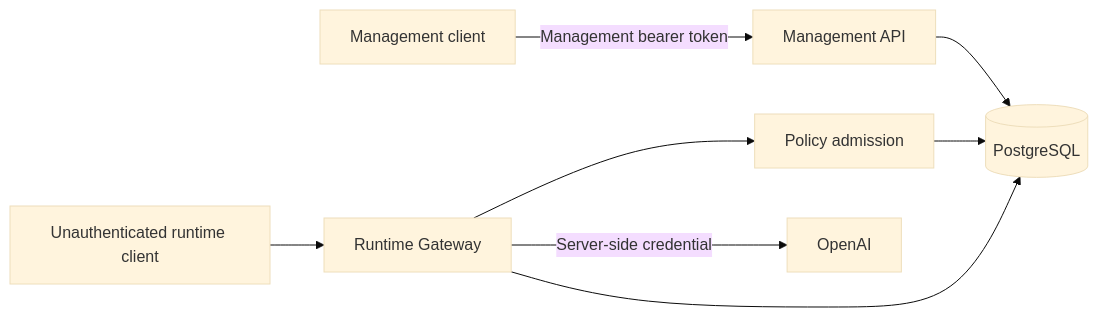
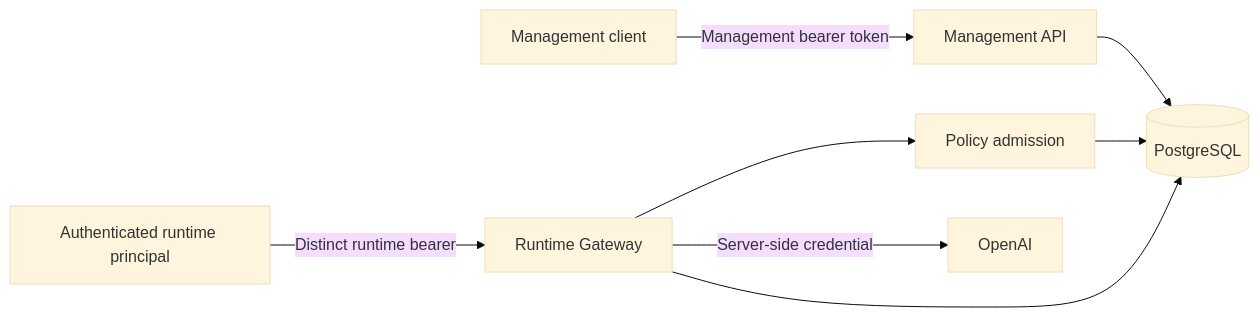
One commit to mohammadRrza/valor-control-plane changed the diagram in docs/security/threat-model.md. Above: the diagram before and after it, drawn with Mermaid (base theme). The commit also changed other lines of this file and 33 other files, not shown here.

````diff
--- a/docs/security/threat-model.md
+++ b/docs/security/threat-model.md
@@ -13,10 +13,10 @@
 ```mermaid
 flowchart LR
   MC[Management client] -->|Management bearer token| MP[Management API]
-  RC[Unauthenticated runtime client] --> RG[Runtime Gateway]
+  RC[Authenticated runtime principal] -->|Distinct runtime bearer| RG[Runtime Gateway]
   MP --> D[(PostgreSQL)]
   RG --> PR[Policy admission]
   PR --> D
   RG -->|Server-side credential| OA[OpenAI]
   RG --> D
 ```
````
